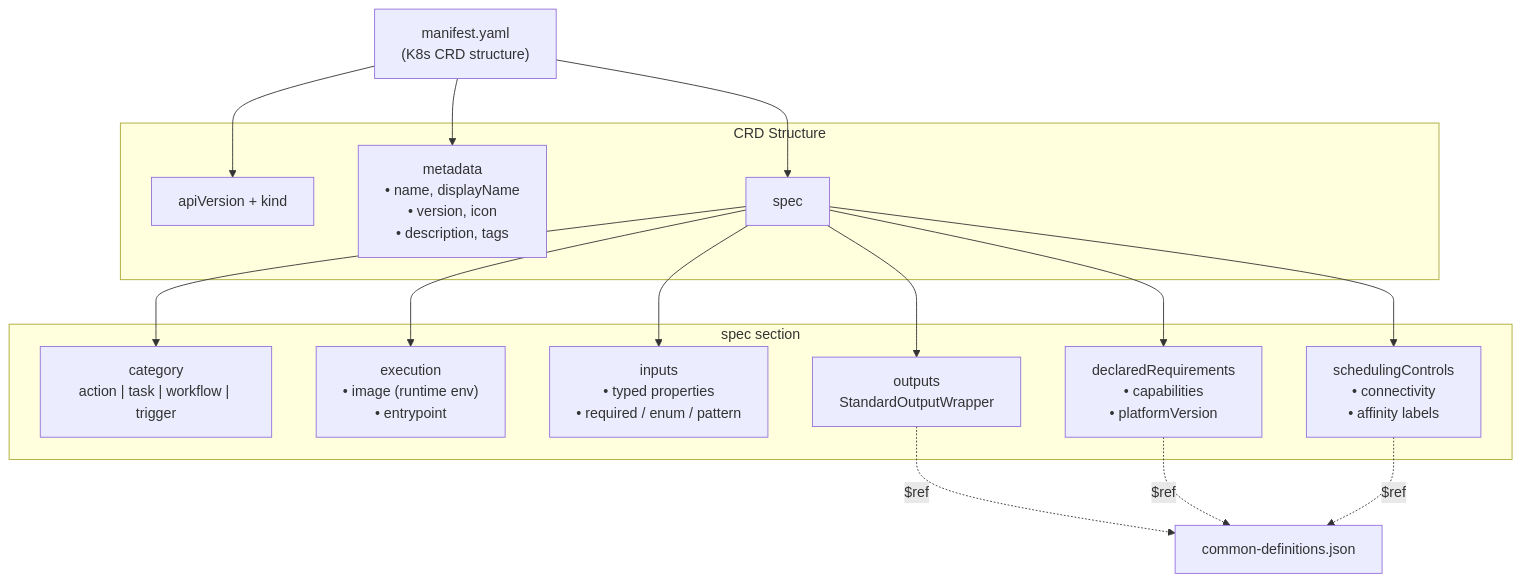
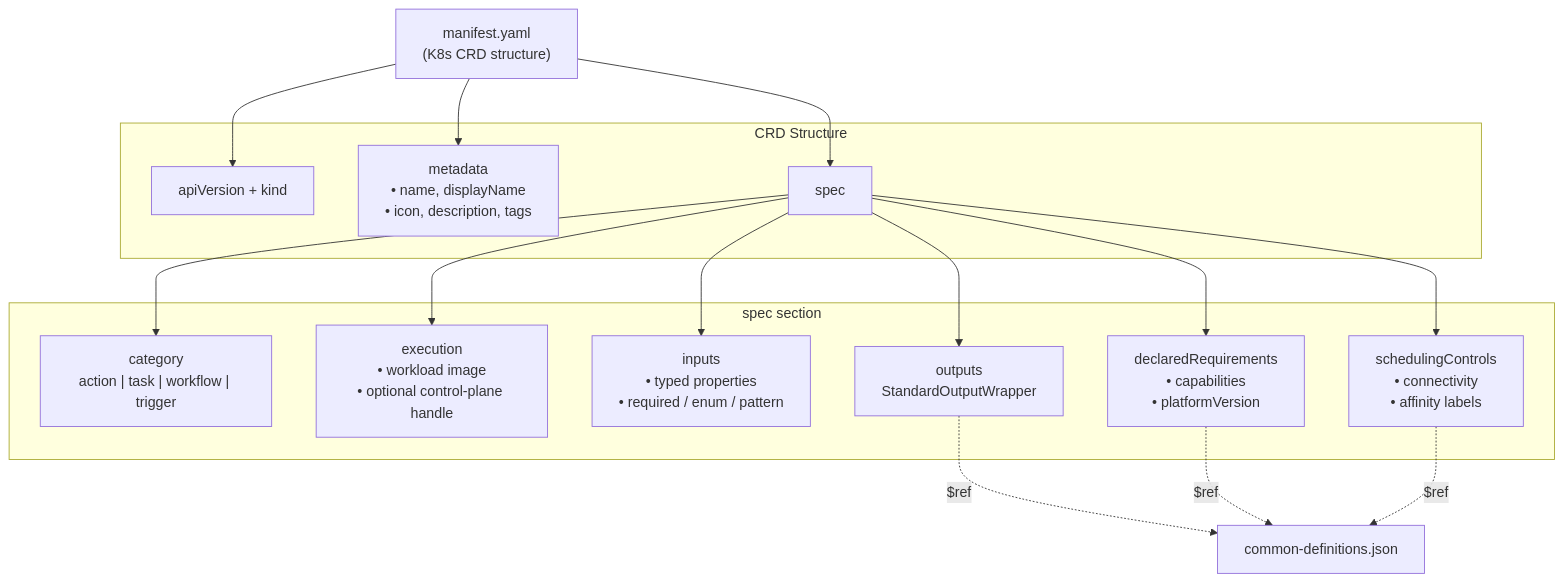
The second of 6 diagrams in docs/architecture.md (syntara-orchestration/syntara-node-sdk), drawn with Mermaid before and after one commit. The commit also changed other lines of this file and 35 other files, not shown here.

````diff
--- a/docs/architecture.md
+++ b/docs/architecture.md
@@ -221,33 +265,33 @@
 ```mermaid
 graph TB
     MANIFEST["manifest.yaml<br/>(K8s CRD structure)"]
 
     subgraph CRD["CRD Structure"]
         API["apiVersion + kind"]
-        META["metadata<br/>• name, displayName<br/>• version, icon<br/>• description, tags"]
+        META["metadata<br/>• name, displayName<br/>• icon, description, tags"]
         SPEC["spec"]
     end
 
     subgraph SPEC_CONTENTS["spec section"]
         CLASS["category<br/>action | task | workflow | trigger"]
-        EXEC["execution<br/>• image (runtime env)<br/>• entrypoint"]
+        EXEC["execution<br/>• workload image<br/>• optional control-plane handle"]
         INPUTS["inputs<br/>• typed properties<br/>• required / enum / pattern"]
         OUTPUTS["outputs<br/>StandardOutputWrapper"]
         REQS["declaredRequirements<br/>• capabilities<br/>• platformVersion"]
         SCHED["schedulingControls<br/>• connectivity<br/>• affinity labels"]
     end
 
     MANIFEST --> API
     MANIFEST --> META
     MANIFEST --> SPEC
     SPEC --> CLASS
     SPEC --> EXEC
     SPEC --> INPUTS
     SPEC --> OUTPUTS
     SPEC --> REQS
     SPEC --> SCHED
 
     OUTPUTS -.->|$ref| CD["common-definitions.json"]
     REQS -.->|$ref| CD
     SCHED -.->|$ref| CD
 ```
````
